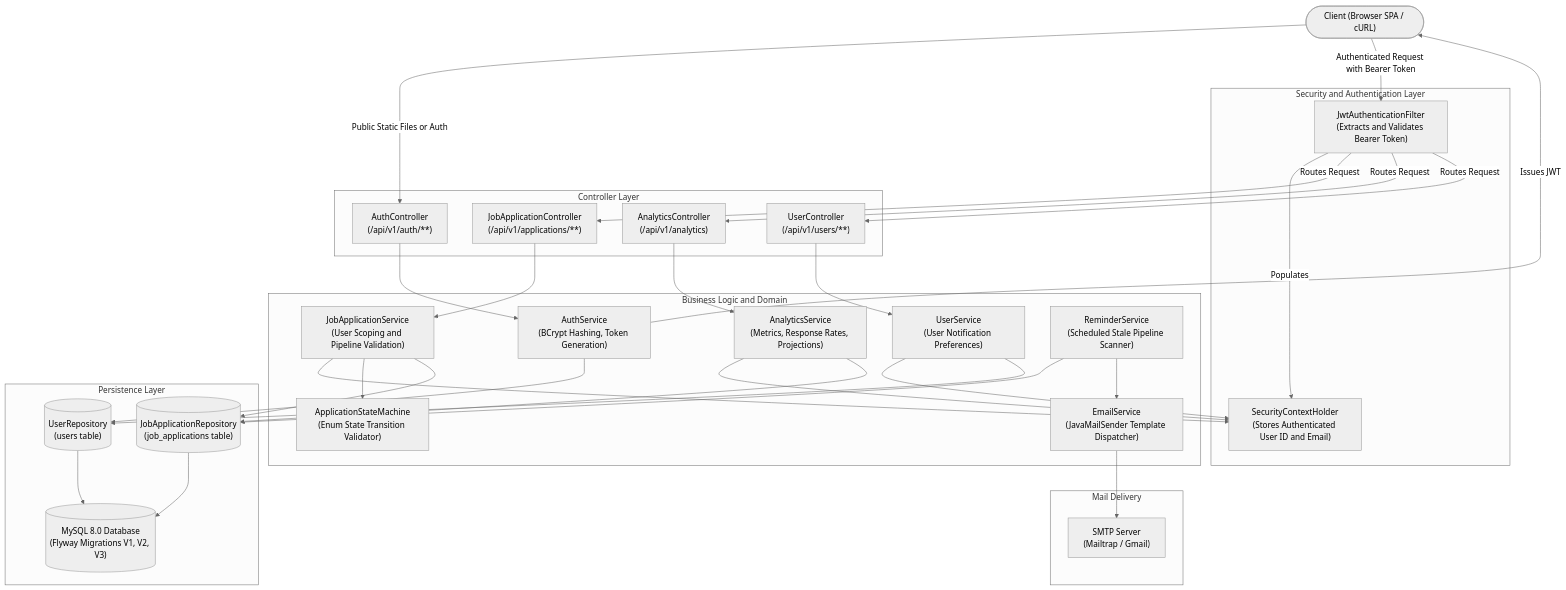
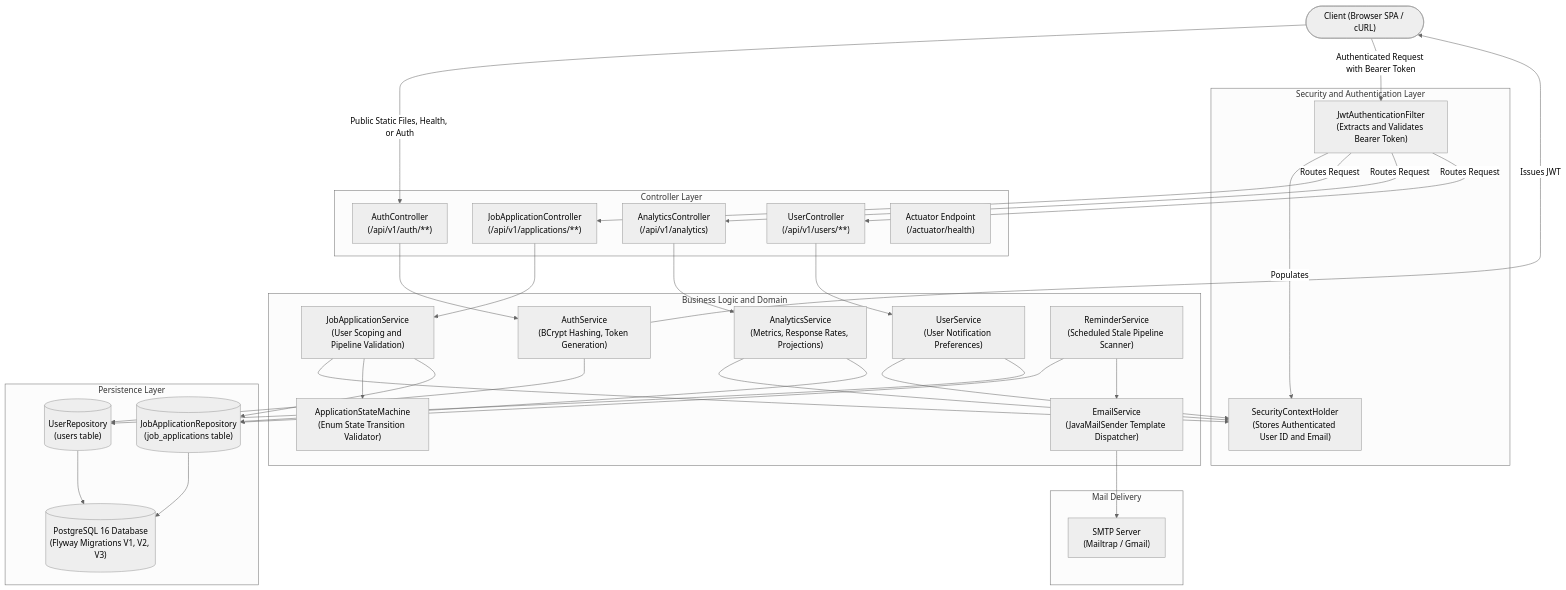
The first of 5 diagrams in ARCHITECTURE.md (pbanakar/huntlog), drawn with Mermaid (neutral theme) before and after one commit. The commit also changed other lines of this file and 17 other files, not shown here.

Commit message:
feat(deploy): migrate to PostgreSQL 16 and configure Railway production deployment

````diff
--- a/ARCHITECTURE.md
+++ b/ARCHITECTURE.md
@@ -11,67 +11,68 @@
 ```mermaid
 flowchart TD
     Client(["Client (Browser SPA / cURL)"])
     
     subgraph SpringSecurity ["Security and Authentication Layer"]
         JwtFilter["JwtAuthenticationFilter\n(Extracts and Validates Bearer Token)"]
         SecurityCtx["SecurityContextHolder\n(Stores Authenticated User ID and Email)"]
     end
 
     subgraph ControllerLayer ["Controller Layer"]
         AuthCtrl["AuthController\n(/api/v1/auth/**)"]
         AppCtrl["JobApplicationController\n(/api/v1/applications/**)"]
         AnalyticsCtrl["AnalyticsController\n(/api/v1/analytics)"]
         UserCtrl["UserController\n(/api/v1/users/**)"]
+        Actuator["Actuator Endpoint\n(/actuator/health)"]
     end
 
     subgraph ServiceLayer ["Business Logic and Domain"]
         AuthService["AuthService\n(BCrypt Hashing, Token Generation)"]
         AppService["JobApplicationService\n(User Scoping and Pipeline Validation)"]
         AnalyticsService["AnalyticsService\n(Metrics, Response Rates, Projections)"]
         UserService["UserService\n(User Notification Preferences)"]
         ReminderService["ReminderService\n(Scheduled Stale Pipeline Scanner)"]
         EmailService["EmailService\n(JavaMailSender Template Dispatcher)"]
         StateMachine["ApplicationStateMachine\n(Enum State Transition Validator)"]
     end
 
     subgraph PersistenceLayer ["Persistence Layer"]
         UserRepo[("UserRepository\n(users table)")]
         AppRepo[("JobApplicationRepository\n(job_applications table)")]
-        MySQL[("MySQL 8.0 Database\n(Flyway Migrations V1, V2, V3)")]
+        PostgreSQL[("PostgreSQL 16 Database\n(Flyway Migrations V1, V2, V3)")]
     end
 
     subgraph ExternalMail ["Mail Delivery"]
         SMTP["SMTP Server\n(Mailtrap / Gmail)"]
     end
 
-    Client -->|Public Static Files or Auth| AuthCtrl
+    Client -->|Public Static Files, Health, or Auth| AuthCtrl
     Client -->|Authenticated Request with Bearer Token| JwtFilter
     JwtFilter -->|Populates| SecurityCtx
     JwtFilter -->|Routes Request| AppCtrl
     JwtFilter -->|Routes Request| AnalyticsCtrl
     JwtFilter -->|Routes Request| UserCtrl
     
     AuthCtrl --> AuthService
     AuthService --> UserRepo
     AuthService -->|Issues JWT| Client
     
     AppCtrl --> AppService
     AppService --> SecurityCtx
     AppService --> StateMachine
     AppService --> AppRepo
 
     UserCtrl --> UserService
     UserService --> SecurityCtx
     UserService --> UserRepo
     
     AnalyticsCtrl --> AnalyticsService
     AnalyticsService --> SecurityCtx
     AnalyticsService --> AppRepo
 
     ReminderService --> AppRepo
     ReminderService --> EmailService
     EmailService --> SMTP
     
-    UserRepo --> MySQL
-    AppRepo --> MySQL
+    UserRepo --> PostgreSQL
+    AppRepo --> PostgreSQL
 ```
````
